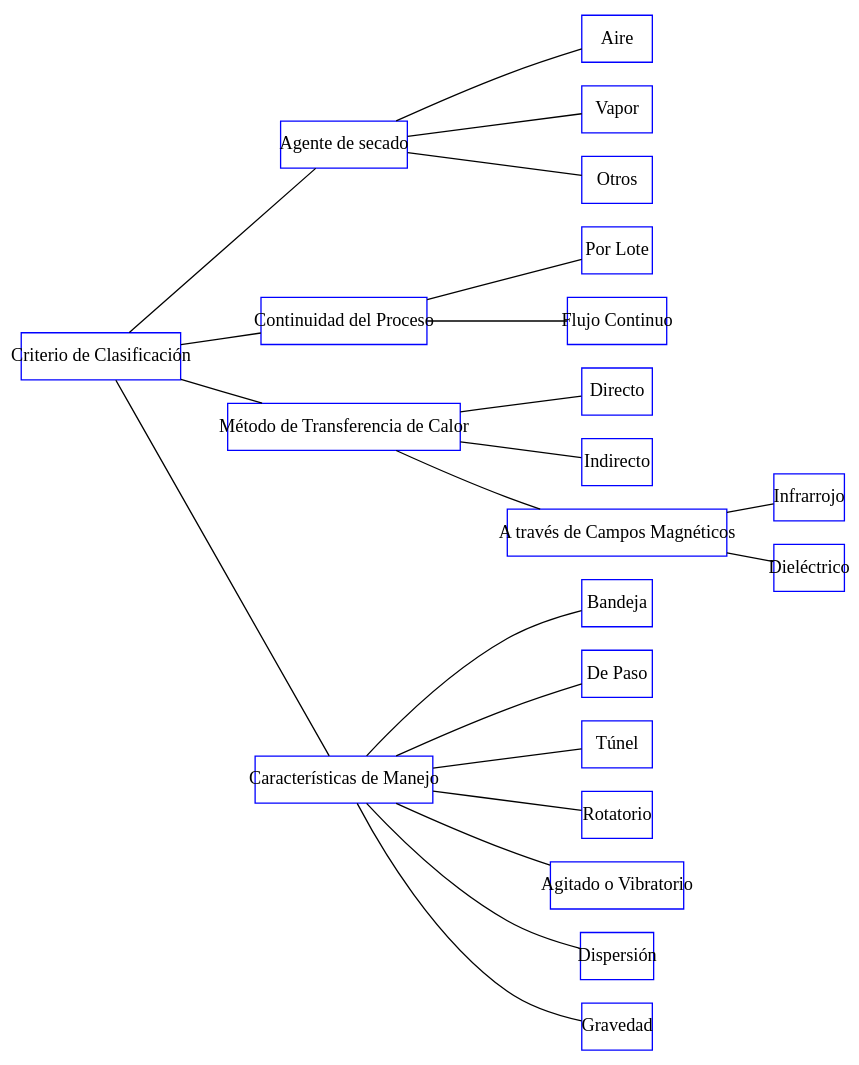
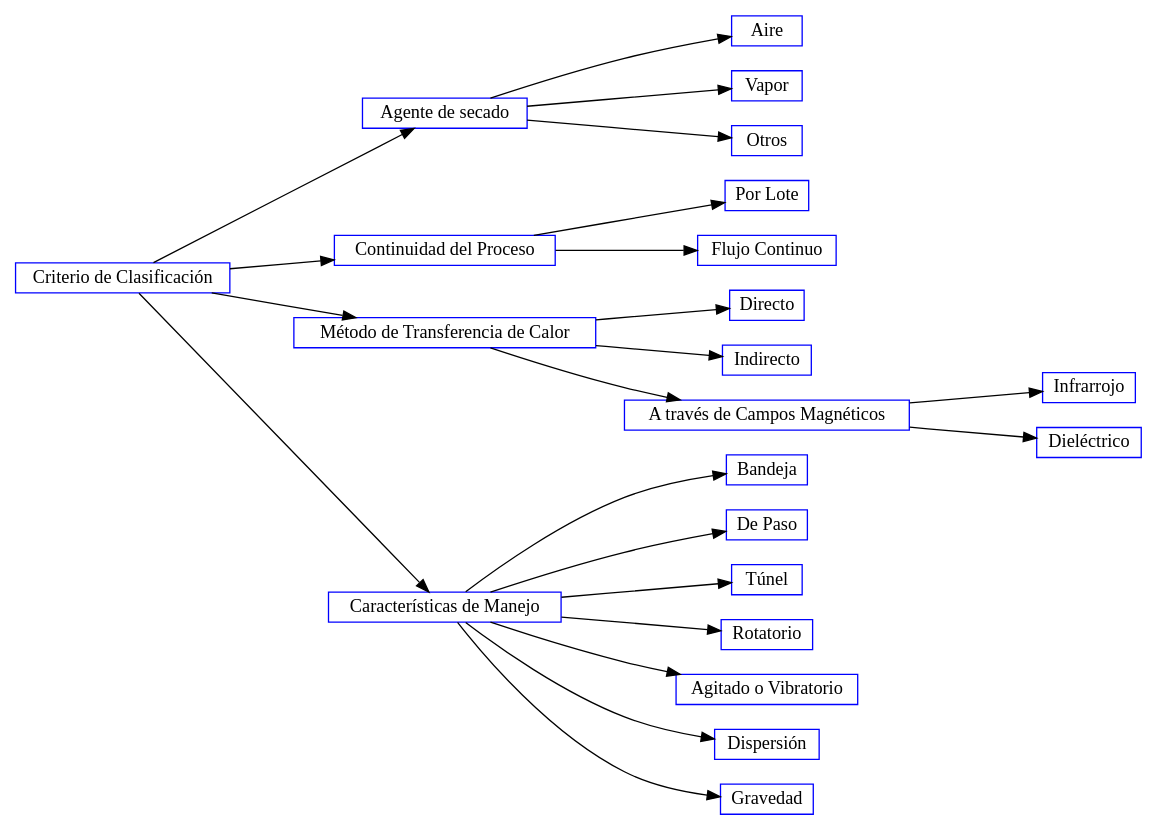
One commit to danielstp/trabajo_de_grado_umss_2 changed the diagram in MarkDown/gv/ClasificaciónEquiposSecado.gv. Above: the diagram before and after it, drawn with Graphviz. The commit also changed 8 other files, not shown here.

```diff
--- a/MarkDown/gv/ClasificaciónEquiposSecado.gv
+++ b/MarkDown/gv/ClasificaciónEquiposSecado.gv
@@ -1,23 +1,27 @@
 
-graph Clasificacion {
-rankdir=LR;
-node[shape="box",margin="0", color="blue", width=auto, height=auto, fontname="Liberation Sans Narrow"];
-"Criterio de Clasificación" -- "Agente de secado" -- "Aire"
-"Criterio de Clasificación" -- "Continuidad del Proceso" -- "Por Lote"
-"Criterio de Clasificación" -- "Método de Transferencia de Calor" -- "Directo"
-"Criterio de Clasificación" -- "Características de Manejo" -- "Bandeja"
-"Agente de secado" -- "Vapor"
-"Agente de secado" -- "Otros"
-"Continuidad del Proceso" -- "Flujo Continuo"
-"Método de Transferencia de Calor" -- "Indirecto"
-"Método de Transferencia de Calor" -- "A través de Campos Magnéticos" -- "Infrarrojo"
-"A través de Campos Magnéticos" -- "Dieléctrico"
-"Características de Manejo" -- "De Paso"
-"Características de Manejo" -- "Túnel"
-"Características de Manejo" -- "Rotatorio"
-"Características de Manejo" -- "Agitado o Vibratorio"
-"Características de Manejo" -- "Dispersión"
-"Características de Manejo" -- "Gravedad"
-{ rank=same  }
+digraph Clasificacion {
+  rankdir=LR;
+  node[shape="record", overlap="true", color="blue",margin="0.05", width=full, height=0.2, fontname="Linux Libertine O"];
+  graph [spline=curved, overlap=true];
+  spline=curved;
+  ranksep = "0.3 equally";
+
+  "Criterio de Clasificación" -> "Agente de secado" -> "Aire"
+  "Criterio de Clasificación" -> "Continuidad del Proceso" -> "Por Lote"
+  "Criterio de Clasificación" -> "Método de Transferencia de Calor" -> "Directo"
+  "Criterio de Clasificación" -> "Características de Manejo" -> "Bandeja"
+  "Agente de secado" -> "Vapor"
+  "Agente de secado" -> "Otros"
+  "Continuidad del Proceso" -> "Flujo Continuo"
+  "Método de Transferencia de Calor" -> "Indirecto"
+  "Método de Transferencia de Calor" -> "A través de Campos Magnéticos" -> "Infrarrojo"
+  "A través de Campos Magnéticos" -> "Dieléctrico"
+  "Características de Manejo" -> "De Paso"
+  "Características de Manejo" -> "Túnel"
+  "Características de Manejo" -> "Rotatorio"
+  "Características de Manejo" -> "Agitado o Vibratorio"
+  "Características de Manejo" -> "Dispersión"
+  "Características de Manejo" -> "Gravedad"
+  { rank=same  }
 
 }
```
